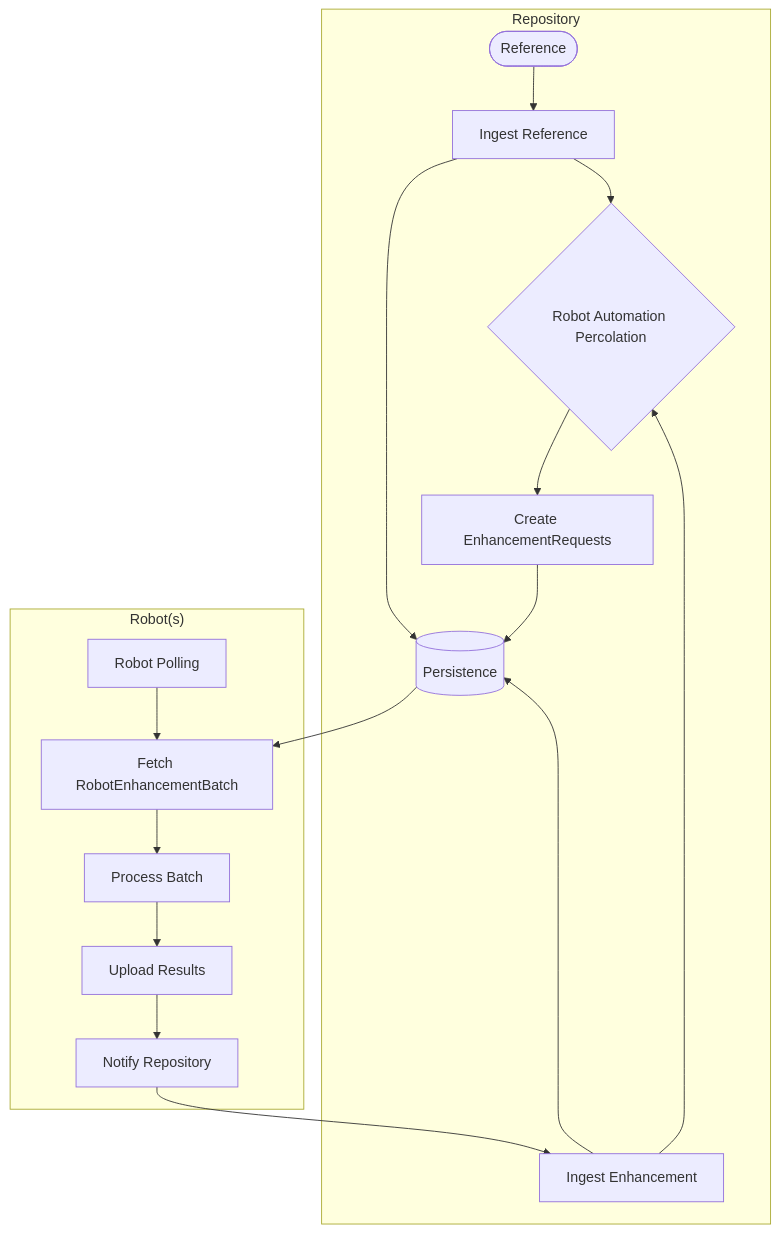
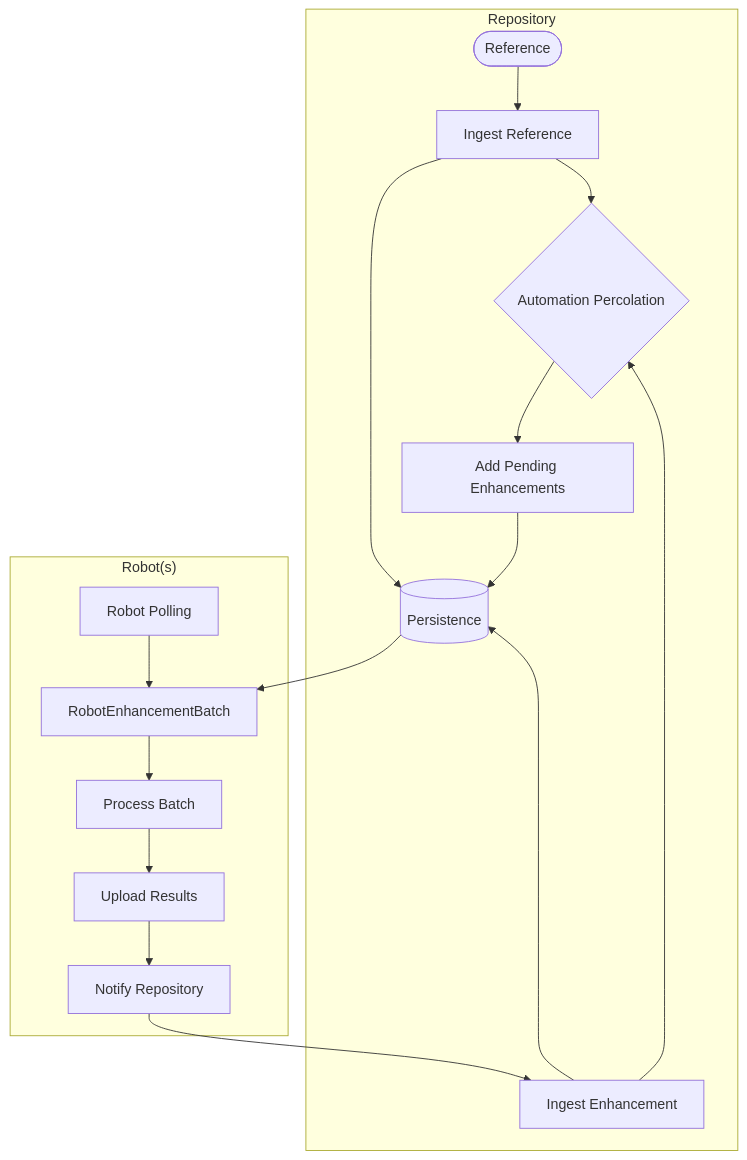
Before and after one commit to destiny-evidence/destiny-repository: the second of 3 diagrams in docs/procedures/robot-automation.rst, drawn with Mermaid. The commit also changed other lines of this file, not shown here.

Commit message:
update documentation per 319

```diff
--- a/docs/procedures/robot-automation.rst
+++ b/docs/procedures/robot-automation.rst
@@ -44,20 +44,20 @@
 .. mermaid::
 
     flowchart TD
     subgraph Repository
             G_R([Reference]) --> G_R1[Ingest Reference]
-            G_R1 --> G_AUTO{Robot Automation Percolation}
-            G_AUTO --> G_REQ[Create EnhancementRequests]
+            G_R1 --> G_AUTO{Automation Percolation}
+            G_AUTO --> G_REQ[Add Pending Enhancements]
             G_R1 --> G_P[(Persistence)]
             G_REQ --> G_P[(Persistence)]
             G_REPO_PROC[Ingest Enhancement] --> G_P
             G_REPO_PROC --> G_AUTO
         end
         subgraph "Robot(s)"
-            G_POLL[Robot Polling] --> G_BATCH[Fetch RobotEnhancementBatch]
+            G_POLL[Robot Polling] --> G_BATCH[RobotEnhancementBatch]
             G_P --> G_BATCH
             G_BATCH --> G_ROBOT_PROC[Process Batch]
             G_ROBOT_PROC --> G_UPLOAD[Upload Results]
             G_UPLOAD --> G_REPO[Notify Repository]
         end
         G_REPO --> G_REPO_PROC
```
